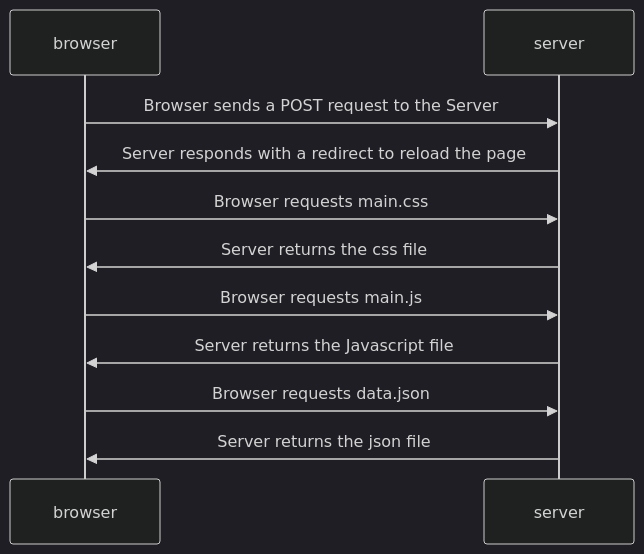
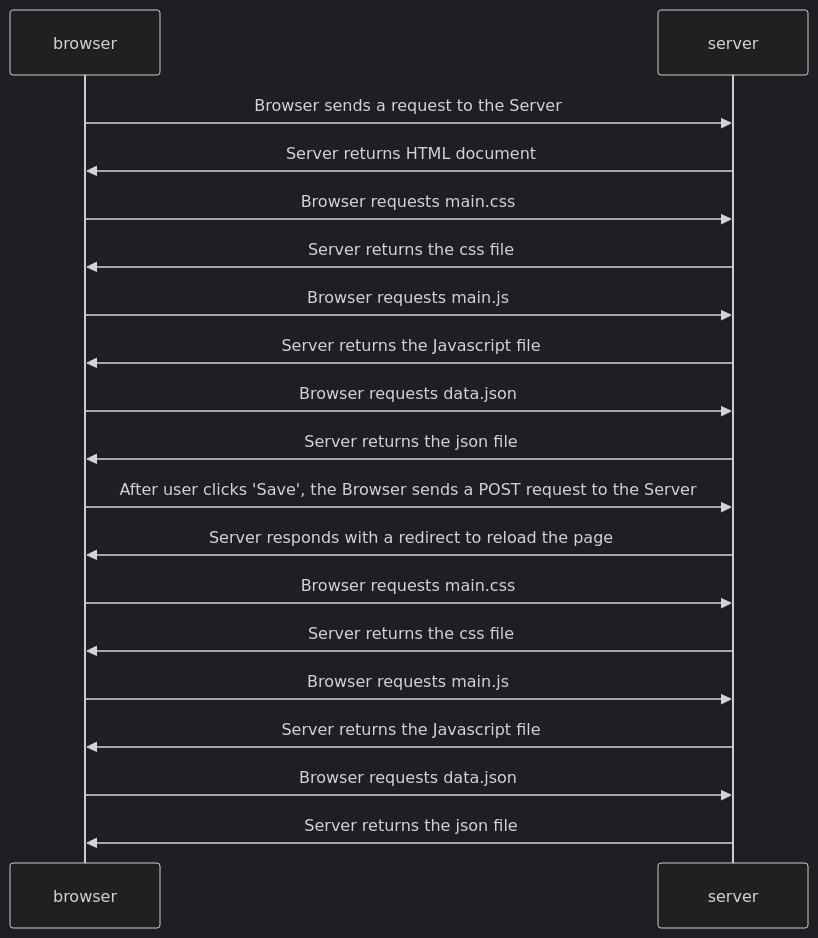
Before and after one commit to a-shalda/fullstackopen: the diagram in part0/0.4.md, drawn with Mermaid (dark theme). The commit also changed 1 other file, not shown here.

Commit message:
updated version of 0.4, created 0.5

````diff
--- a/part0/0.4.md
+++ b/part0/0.4.md
@@ -1,17 +1,29 @@
 ```mermaid
 sequenceDiagram
     participant browser
     participant server
 
-    browser->>server: Browser sends a POST request to the Server
+    browser->>server: Browser sends a request to the Server
+    server->>browser: Server returns HTML document
+
+    browser->>server: Browser requests main.css
+    server->>browser: Server returns the css file
+
+    browser->>server: Browser requests main.js
+    server->>browser: Server returns the Javascript file
+
+    browser->>server: Browser requests data.json
+    server->>browser: Server returns the json file
+
+    browser->>server: After user clicks 'Save', the Browser sends a POST request to the Server
     server->>browser: Server responds with a redirect to reload the page
 
     browser->>server: Browser requests main.css
     server->>browser: Server returns the css file
 
     browser->>server: Browser requests main.js
     server->>browser: Server returns the Javascript file
 
     browser->>server: Browser requests data.json
     server->>browser: Server returns the json file
 ```
````
